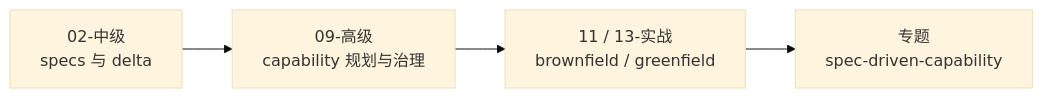
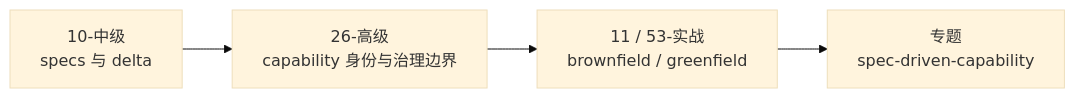
The seventh of 8 diagrams in _openspec_handbook/00-index.md (ethan-jiang-3/OpenSpec), drawn with Mermaid (base theme) before and after one commit. The commit also changed other lines of this file and 41 other files, not shown here.

````diff
--- a/_openspec_handbook/00-index.md
+++ b/_openspec_handbook/00-index.md
@@ -192,6 +193,6 @@
 ```mermaid
 graph LR
-    A[02-中级<br/>specs 与 delta] --> B[09-高级<br/>capability 规划与治理]
-    B --> C[11 / 13-实战<br/>brownfield / greenfield]
+    A[10-中级<br/>specs 与 delta] --> B[26-高级<br/>capability 身份与治理边界]
+    B --> C[11 / 53-实战<br/>brownfield / greenfield]
     C --> D[专题<br/>spec-driven-capability]
 ```
````
